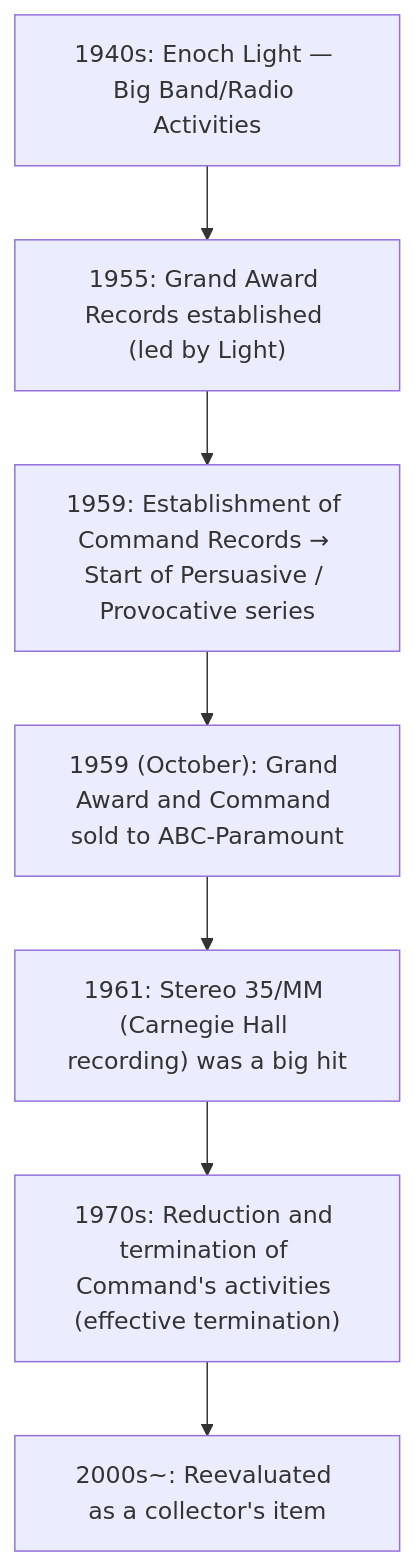
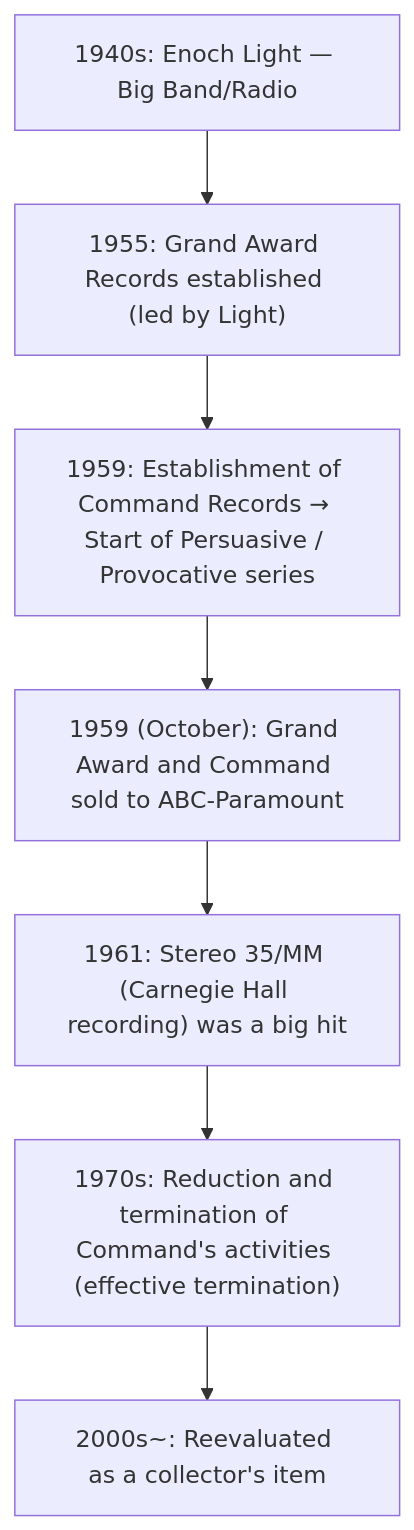
The first of 2 diagrams in en/_posts/2025-10-04-Column-Enoch-Light-Command.md (monumental-movement/monumental-movement.github.io), drawn with Mermaid before and after one commit. The commit also changed other lines of this file and 528 other files, not shown here.

```diff
--- a/en/_posts/2025-10-04-Column-Enoch-Light-Command.md
+++ b/en/_posts/2025-10-04-Column-Enoch-Light-Command.md
@@ -63,13 +63,13 @@
 <div class="mermaid">
 
 flowchart TD
-    A["1940s: Enoch Light — Big Band/Radio Activities"]
+    A["1940s: Enoch Light — Big Band/Radio"]
     B["1955: Grand Award Records established (led by Light)"]
     C["1959: Establishment of Command Records → Start of Persuasive / Provocative series"]
     D["1959 (October): Grand Award and Command sold to ABC-Paramount"]
     E["1961: Stereo 35/MM (Carnegie Hall recording) was a big hit"]
     F["1970s: Reduction and termination of Command's activities (effective termination)"]
     G["2000s~: Reevaluated as a collector's item"]
 
     A --> B --> C --> D --> E --> F --> G
 </div>
```
